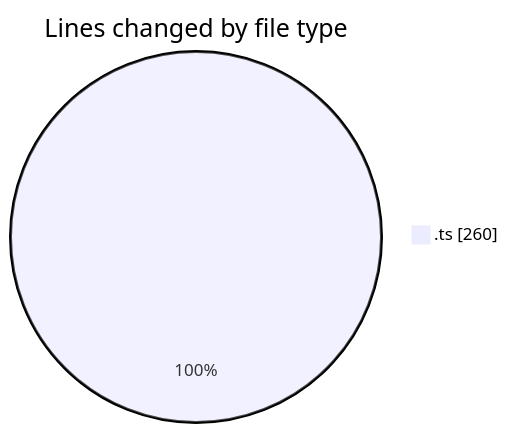
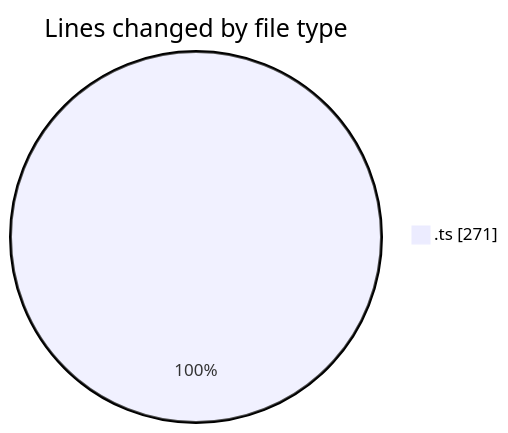
One commit to tmsrecording-cyber/code-tracking changed the first of 2 diagrams in 2026-02-09/singularitybrainai/README.md. Above: the diagram before and after it, drawn with Mermaid. The commit also changed other lines of this file and 1 other file, not shown here.

````diff
--- a/2026-02-09/singularitybrainai/README.md
+++ b/2026-02-09/singularitybrainai/README.md
@@ -21,5 +21,5 @@
 ```mermaid
 pie showData
 title Lines changed by file type
-".ts" : 260
+".ts" : 271
 ```
````
